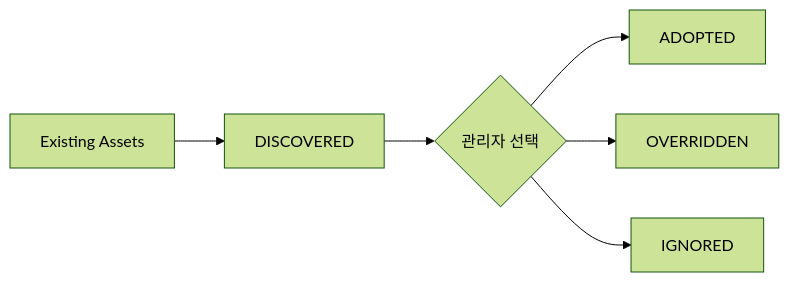
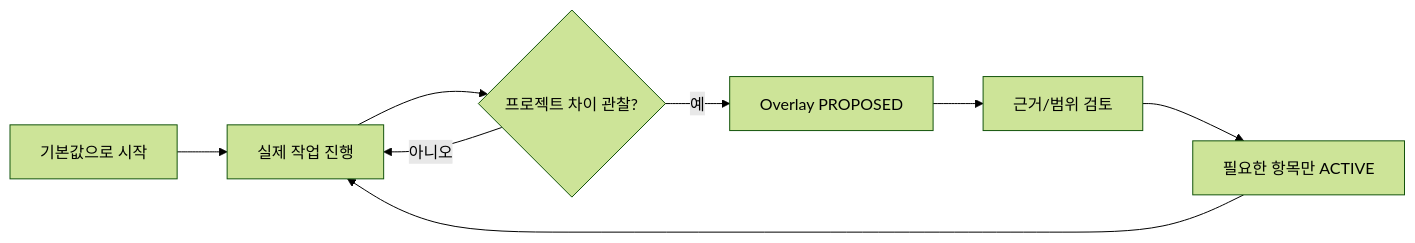
The second of 2 diagrams in sdlc/guides/04_HARNESS_커스터마이징가이드.md (Seunghyun0606/SDLC_DDD_SDD), drawn with Mermaid (forest theme) before and after one commit. The commit also changed other lines of this file, not shown here.

````diff
--- a/sdlc/guides/04_HARNESS_커스터마이징가이드.md
+++ b/sdlc/guides/04_HARNESS_커스터마이징가이드.md
@@ -16,7 +20,10 @@
 ```mermaid
 flowchart LR
-    A["Existing Assets"] --> D["DISCOVERED"] --> X{"관리자 선택"}
-    X --> AD["ADOPTED"]
-    X --> OV["OVERRIDDEN"]
-    X --> IG["IGNORED"]
+    A["기본값으로 시작"] --> W["실제 작업 진행"]
+    W --> Q{"프로젝트 차이 관찰?"}
+    Q -- 아니오 --> W
+    Q -- 예 --> O["Overlay PROPOSED"]
+    O --> V["근거/범위 검토"]
+    V --> X["필요한 항목만 ACTIVE"]
+    X --> W
 ```
````
